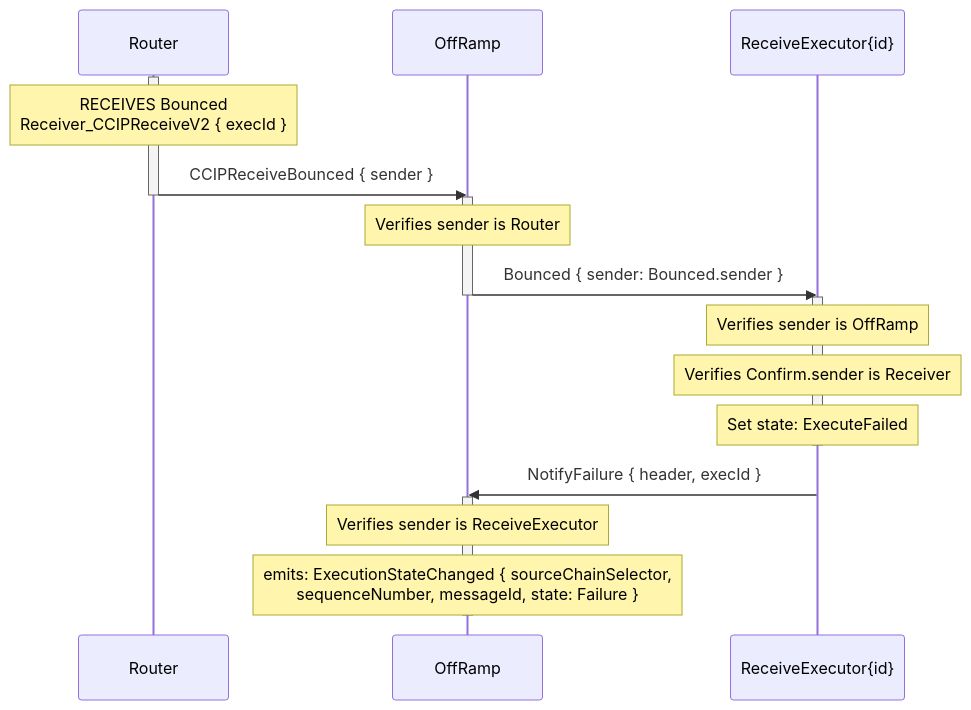
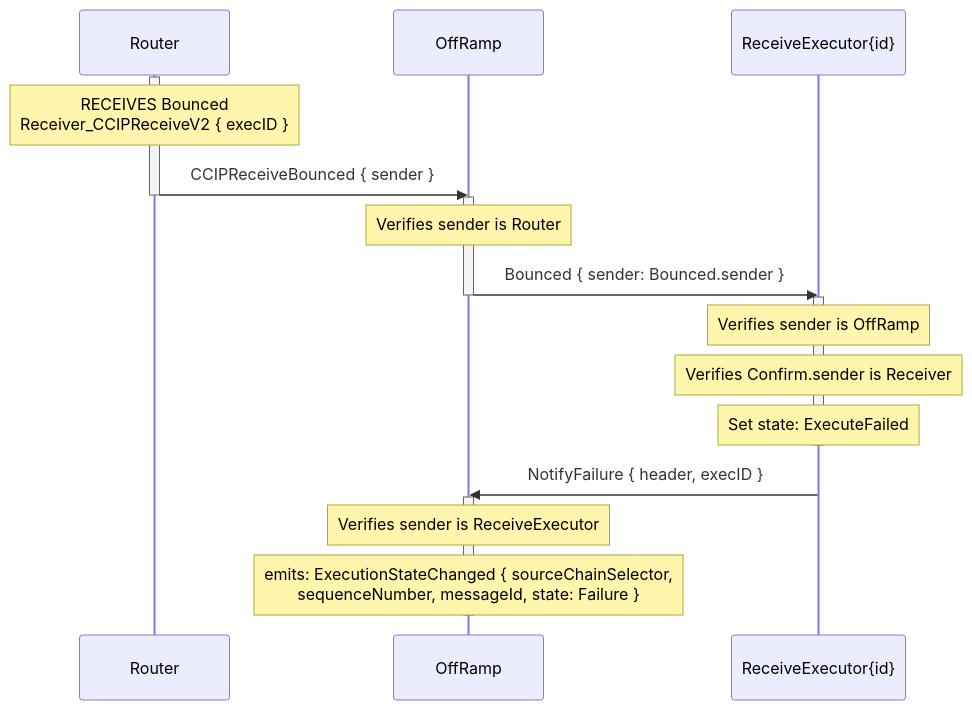
The sixth of 6 diagrams in docs/contracts/overview/ccip/offramp/arbitrary-msg.md (smartcontractkit/chainlink-ton), drawn with Mermaid before and after one commit. The commit also changed other lines of this file and 28 other files, not shown here.

````diff
--- a/docs/contracts/overview/ccip/offramp/arbitrary-msg.md
+++ b/docs/contracts/overview/ccip/offramp/arbitrary-msg.md
@@ -186,34 +186,34 @@
 ```mermaid
 sequenceDiagram
     participant R as Router
     participant OR as OffRamp
     participant RE as ReceiveExecutor{id}
 
 
     activate R
-    Note over R: RECEIVES Bounced<br>Receiver_CCIPReceiveV2 { execId }
+    Note over R: RECEIVES Bounced<br>Receiver_CCIPReceiveV2 { execID }
     R ->> OR: CCIPReceiveBounced { sender }
     deactivate R
 
 
 
     activate OR
     Note over OR: Verifies sender is Router
     OR ->> RE: Bounced { sender: Bounced.sender }
     deactivate OR
 
 
     activate RE
     Note over RE: Verifies sender is OffRamp
     Note over RE: Verifies Confirm.sender is Receiver
     Note over RE: Set state: ExecuteFailed
     deactivate RE
-    RE ->> OR: NotifyFailure { header, execId }
+    RE ->> OR: NotifyFailure { header, execID }
 
 
 
     activate OR
     Note over OR: Verifies sender is ReceiveExecutor
     Note over OR: emits: ExecutionStateChanged { sourceChainSelector,<br>sequenceNumber, messageId, state: Failure }
     deactivate OR
 ```
````
